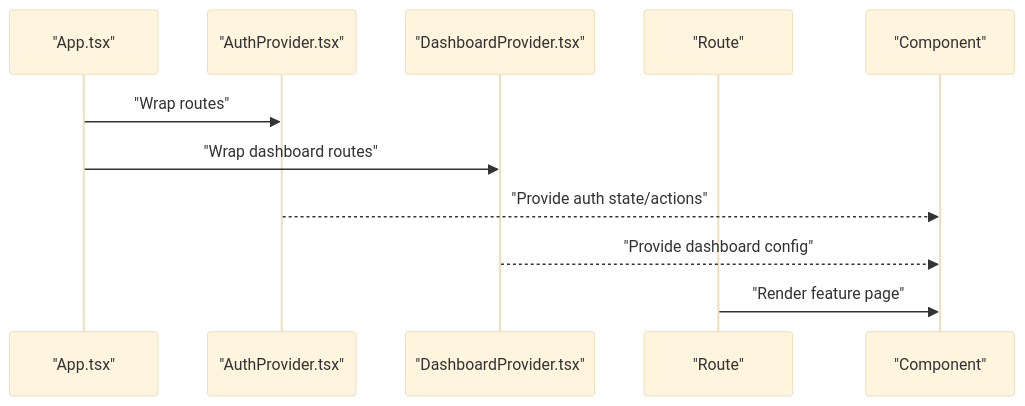
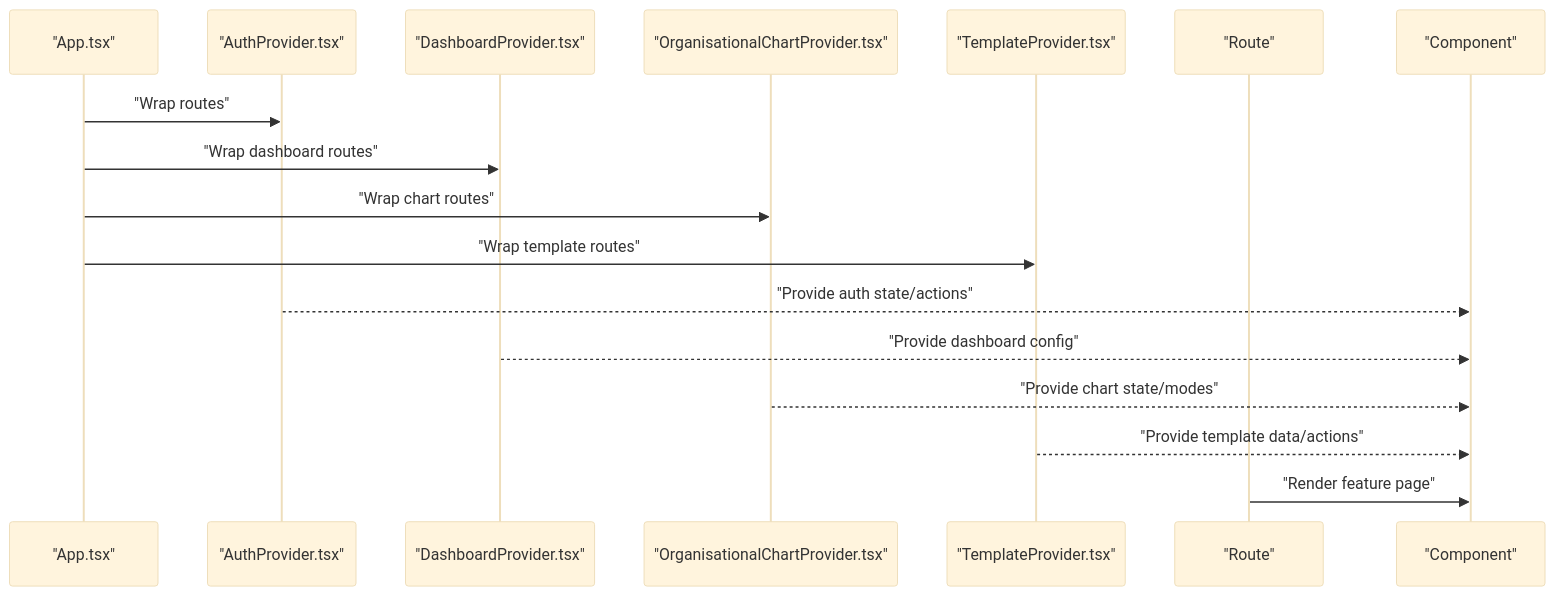
The eighth of 11 diagrams in .qoder/repowiki/en/content/System Architecture/Frontend Architecture/Component Architecture/Component Architecture.md (franckylab/eLISAschool), drawn with Mermaid (base theme) before and after one commit. The commit also changed other lines of this file and 35 other files, not shown here.

First line of the commit message:
refactor(configuration): redistribuer la gestion de la configuration vers architecture distribuée

````diff
--- a/.qoder/repowiki/en/content/System Architecture/Frontend Architecture/Component Architecture/Component Architecture.md
+++ b/.qoder/repowiki/en/content/System Architecture/Frontend Architecture/Component Architecture/Component Architecture.md
@@ -202,13 +546,19 @@
 ```mermaid
 sequenceDiagram
 participant App as "App.tsx"
 participant AuthP as "AuthProvider.tsx"
 participant DashP as "DashboardProvider.tsx"
+participant ChartP as "OrganisationalChartProvider.tsx"
+participant TemplateP as "TemplateProvider.tsx"
 participant Route as "Route"
 participant Consumer as "Component"
 App->>AuthP : "Wrap routes"
 App->>DashP : "Wrap dashboard routes"
+App->>ChartP : "Wrap chart routes"
+App->>TemplateP : "Wrap template routes"
 AuthP-->>Consumer : "Provide auth state/actions"
 DashP-->>Consumer : "Provide dashboard config"
+ChartP-->>Consumer : "Provide chart state/modes"
+TemplateP-->>Consumer : "Provide template data/actions"
 Route->>Consumer : "Render feature page"
 ```
````
